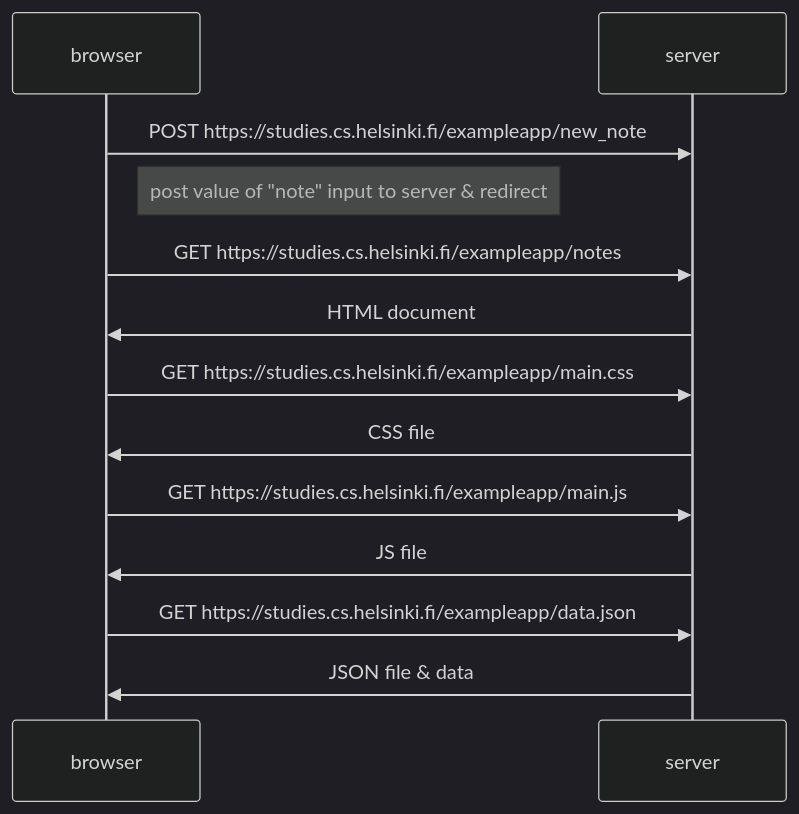
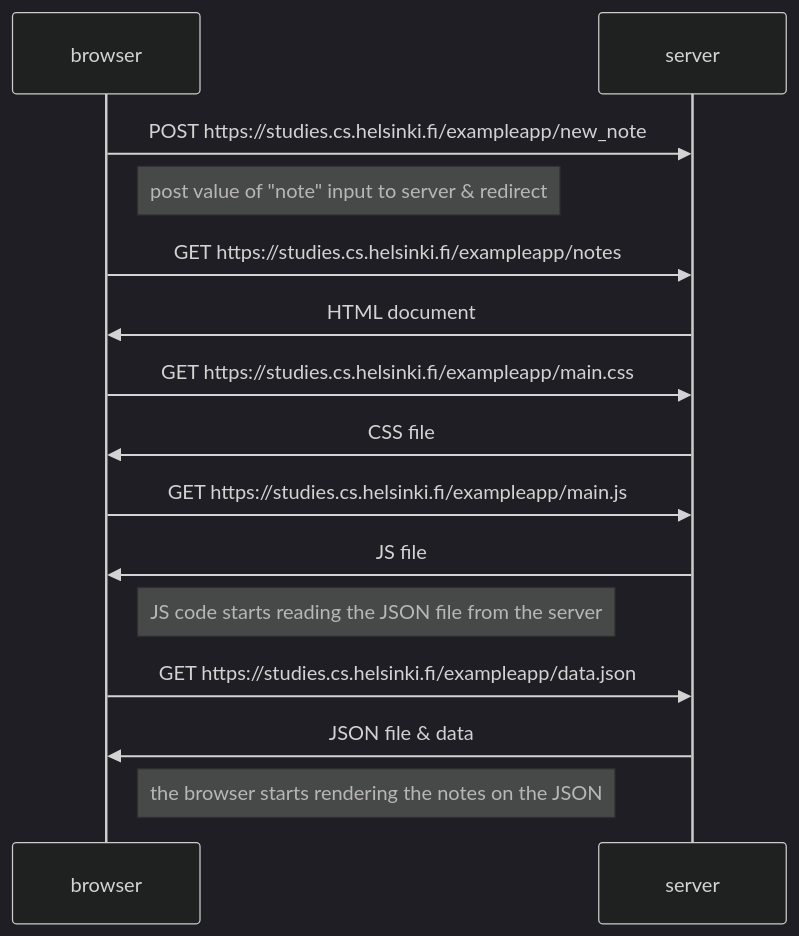
One commit to VeikkaND/fullstackopen-2023 changed the diagram in osa0/0-4.md. Above: the diagram before and after it, drawn with Mermaid (dark theme).

````diff
--- a/osa0/0-4.md
+++ b/osa0/0-4.md
@@ -1,21 +1,23 @@
 ```mermaid
 sequenceDiagram
     participant browser
     participant server
 
     browser->>server: POST https://studies.cs.helsinki.fi/exampleapp/new_note
     Note right of browser: post value of "note" input to server & redirect
 
     browser->>server: GET https://studies.cs.helsinki.fi/exampleapp/notes
     server->>browser: HTML document
 
     browser->>server: GET https://studies.cs.helsinki.fi/exampleapp/main.css
     server->>browser: CSS file
 
     browser->>server: GET https://studies.cs.helsinki.fi/exampleapp/main.js
     server->>browser: JS file  
+    Note right of browser: JS code starts reading the JSON file from the server
 
     browser->>server: GET https://studies.cs.helsinki.fi/exampleapp/data.json
     server->>browser: JSON file & data
+    Note right of browser: the browser starts rendering the notes on the JSON
 
 ```
````
